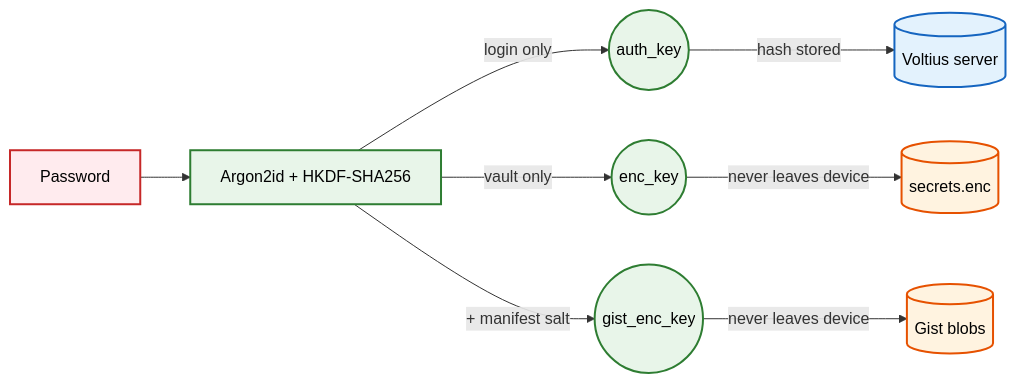
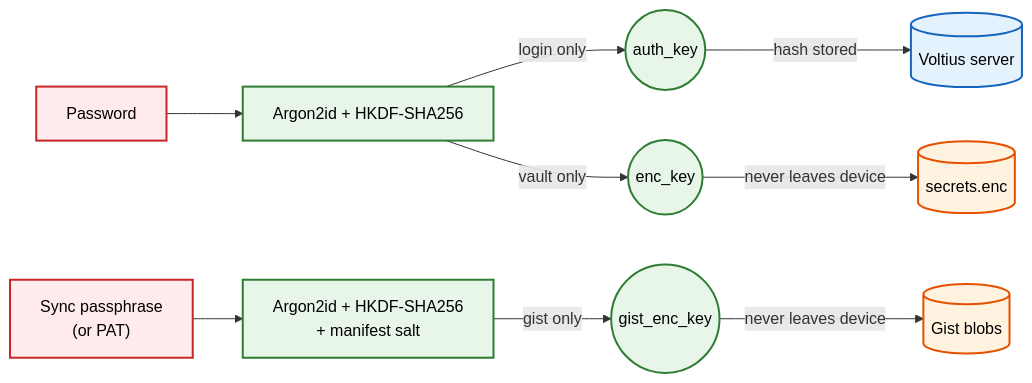
Before and after one commit to VoltiusApp/docs: the second of 2 diagrams in docs/security/architecture.md, drawn with Mermaid. The commit also changed other lines of this file and 3 other files, not shown here.

````diff
--- a/docs/security/architecture.md
+++ b/docs/security/architecture.md
@@ -67,19 +67,20 @@
 ```mermaid
 flowchart LR
     classDef cleartext fill:#ffebee,stroke:#c62828,stroke-width:2px,color:#000;
     classDef secure fill:#e8f5e9,stroke:#2e7d32,stroke-width:2px,color:#000;
     classDef remote fill:#e3f2fd,stroke:#1565c0,stroke-width:2px,color:#000;
     classDef local fill:#fff3e0,stroke:#e65100,stroke-width:2px,color:#000;
 
     Pass["Password"]:::cleartext
     KDF["Argon2id + HKDF-SHA256"]:::secure
 
     Pass --> KDF
     KDF -->|"login only"| AuthKey(("auth_key")):::secure
     KDF -->|"vault only"| EncKey(("enc_key")):::secure
-    KDF -->|"+ manifest salt"| GistKey(("gist_enc_key")):::secure
+    GistPass["Sync passphrase\n(or PAT)"]:::cleartext --> GistKDF["Argon2id + HKDF-SHA256\n+ manifest salt"]:::secure
+    GistKDF -->|"gist only"| GistKey(("gist_enc_key")):::secure
 
     AuthKey -->|"hash stored"| Server[("Voltius server")]:::remote
     EncKey -->|"never leaves device"| Disk[("secrets.enc")]:::local
     GistKey -->|"never leaves device"| Blobs[("Gist blobs")]:::local
 ```
````
